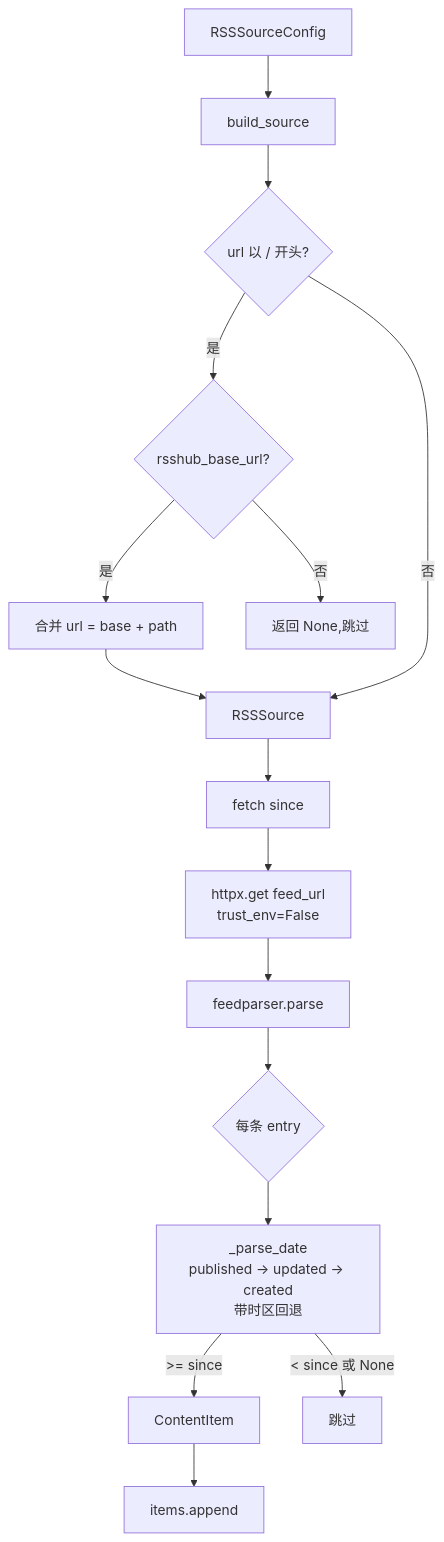
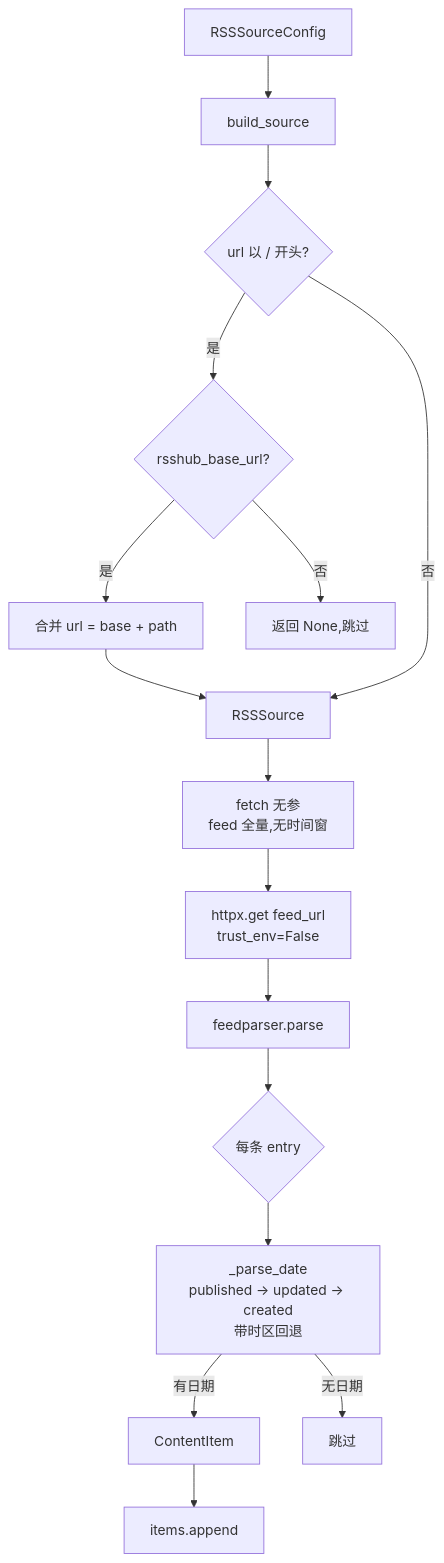
The sixth of 6 diagrams in docs/FLOW/README.md (int2t05/rss-reader), drawn with Mermaid before and after one commit. The commit also changed other lines of this file and 16 other files, not shown here.

First line of the commit message:
refactor: RSS feed 即消息队列 — 去 since 时间窗,消费位点断点续传

````diff
--- a/docs/FLOW/README.md
+++ b/docs/FLOW/README.md
@@ -95,18 +95,18 @@
 ```mermaid
 flowchart TB
     CFG[RSSSourceConfig] --> BUILD[build_source]
     BUILD --> ISRSSHUB{url 以 / 开头?}
     ISRSSHUB -->|是| HASBASE{rsshub_base_url?}
     HASBASE -->|是| MERGE[合并 url = base + path]
     HASBASE -->|否| SKIP[返回 None,跳过]
     MERGE --> RSS[RSSSource]
     ISRSSHUB -->|否| RSS
-    RSS --> FETCH[fetch since]
+    RSS --> FETCH[fetch 无参<br/>feed 全量,无时间窗]
     FETCH --> HTTP[httpx.get feed_url<br/>trust_env=False]
     HTTP --> PARSE[feedparser.parse]
     PARSE --> ENTRY{每条 entry}
     ENTRY --> DATE[_parse_date<br/>published → updated → created<br/>带时区回退]
-    DATE -->|>= since| ITEM[ContentItem]
-    DATE -->|< since 或 None| SKIP2[跳过]
+    DATE -->|有日期| ITEM[ContentItem]
+    DATE -->|无日期| SKIP2[跳过]
     ITEM --> LIST[items.append]
 ```
````
